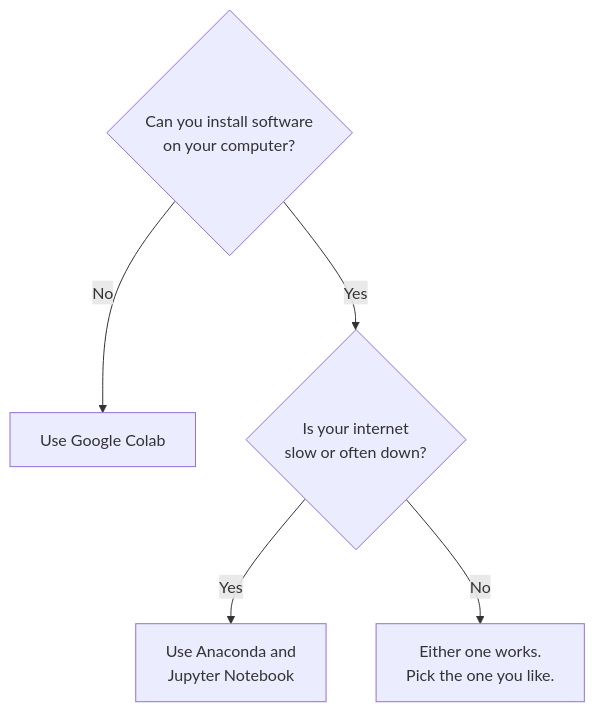
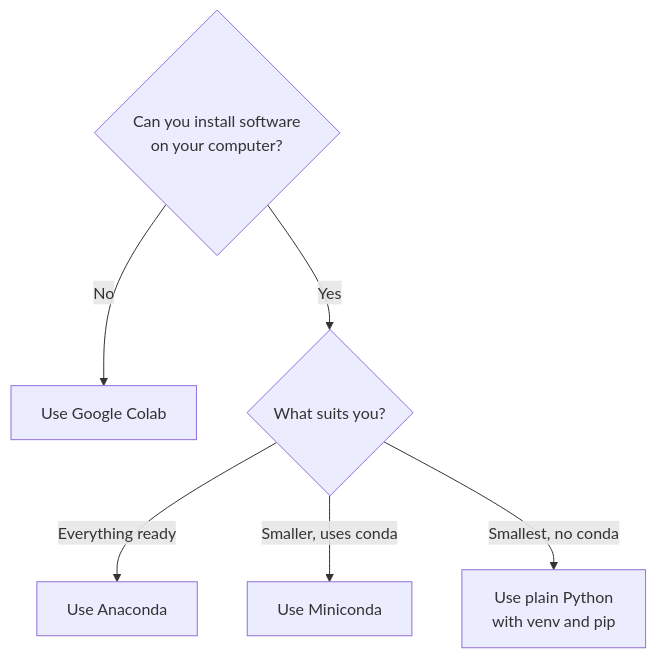
The second of 2 diagrams in docs/unit-01-intro.md (nirajan10/DS-note), drawn with Mermaid before and after one commit. The commit also changed other lines of this file and 13 other files, not shown here.

````diff
--- a/docs/unit-01-intro.md
+++ b/docs/unit-01-intro.md
@@ -185,7 +189,8 @@
 ```mermaid
 flowchart TD
     A{"Can you install software<br/>on your computer?"} -- No --> C["Use Google Colab"]
-    A -- Yes --> B{"Is your internet<br/>slow or often down?"}
-    B -- Yes --> D["Use Anaconda and<br/>Jupyter Notebook"]
-    B -- No --> E["Either one works.<br/>Pick the one you like."]
+    A -- Yes --> B{"What suits you?"}
+    B -- "Everything ready" --> E["Use Anaconda"]
+    B -- "Smaller, uses conda" --> D["Use Miniconda"]
+    B -- "Smallest, no conda" --> F["Use plain Python<br/>with venv and pip"]
 ```
````
